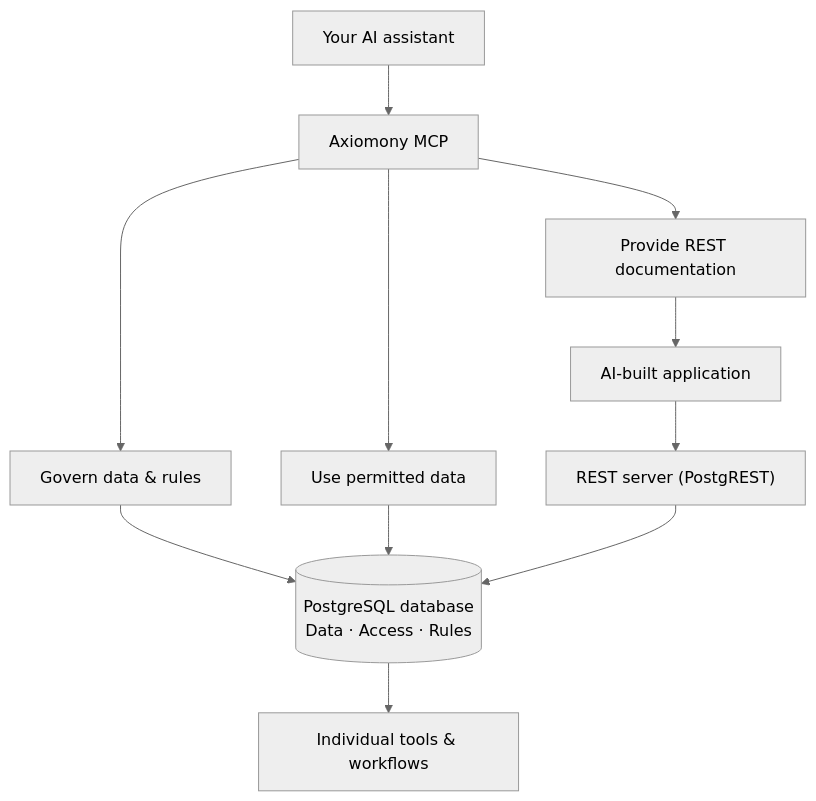
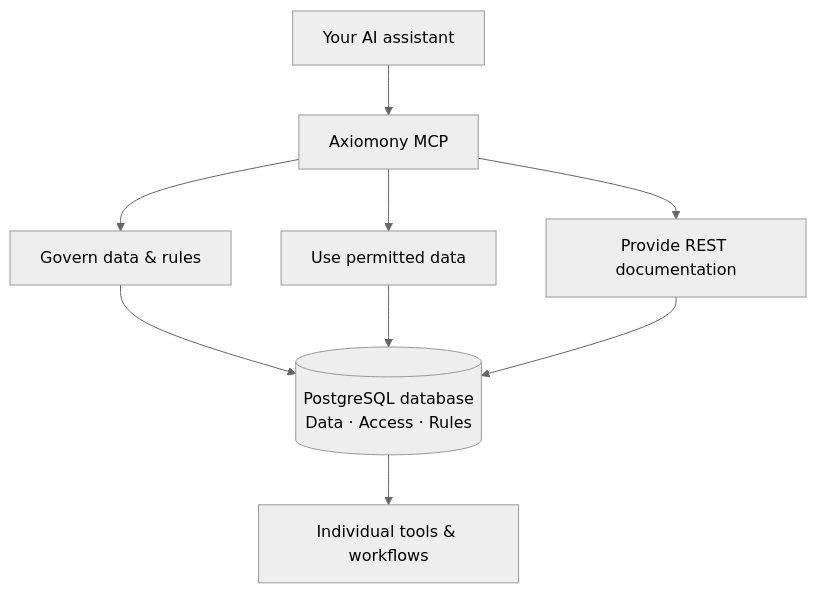
One commit to sjoerdvanderhoorn/axiomony changed the diagram in README.md. Above: the diagram before and after it, drawn with Mermaid (neutral theme).

Commit message:
Keep three MCP capabilities side by side above PostgreSQL in README diagram

````diff
--- a/README.md
+++ b/README.md
@@ -41,13 +41,11 @@
 ```mermaid
 flowchart TB
     AI["Your AI assistant"] --> MCP["Axiomony MCP"]
     MCP --> ADMIN["Govern data & rules"]
     MCP --> DATA["Use permitted data"]
     MCP --> DOCS["Provide REST documentation"]
     ADMIN --> DB[("PostgreSQL database<br/>Data · Access · Rules")]
     DATA --> DB
-    DOCS --> APP["AI-built application"]
-    APP --> REST["REST server (PostgREST)"]
-    REST --> DB
+    DOCS --> DB
     DB --> UX["Individual tools & workflows"]
 ```
````
